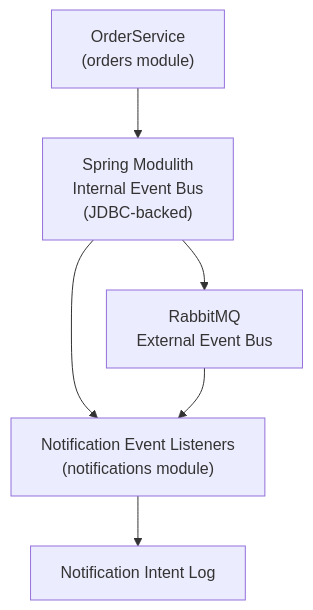
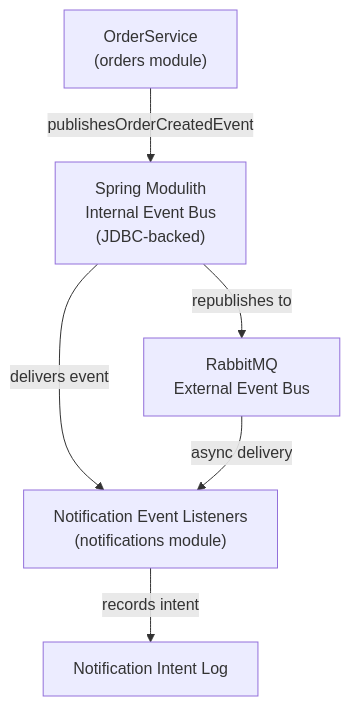
One commit to philipz/spring-modular-monolith changed the first of 6 diagrams in docs/deepwiki/Notifications-Module.md. Above: the diagram before and after it, drawn with Mermaid. The commit also changed other lines of this file and 55 other files, not shown here.

````diff
--- a/docs/deepwiki/Notifications-Module.md
+++ b/docs/deepwiki/Notifications-Module.md
@@ -53,15 +53,15 @@
 ```mermaid
 flowchart TD
 
 OrderService["OrderService<br>(orders module)"]
 ModulithBus["Spring Modulith<br>Internal Event Bus<br>(JDBC-backed)"]
 RabbitMQ["RabbitMQ<br>External Event Bus"]
 NotificationListeners["Notification Event Listeners<br>(notifications module)"]
 IntentLog["Notification Intent Log"]
 
-OrderService --> ModulithBus
-ModulithBus --> NotificationListeners
-ModulithBus --> RabbitMQ
-RabbitMQ --> NotificationListeners
-NotificationListeners --> IntentLog
+OrderService -->|"publishesOrderCreatedEvent"| ModulithBus
+ModulithBus -->|"delivers event"| NotificationListeners
+ModulithBus -->|"republishes to"| RabbitMQ
+RabbitMQ -->|"async delivery"| NotificationListeners
+NotificationListeners -->|"records intent"| IntentLog
 ```
````
